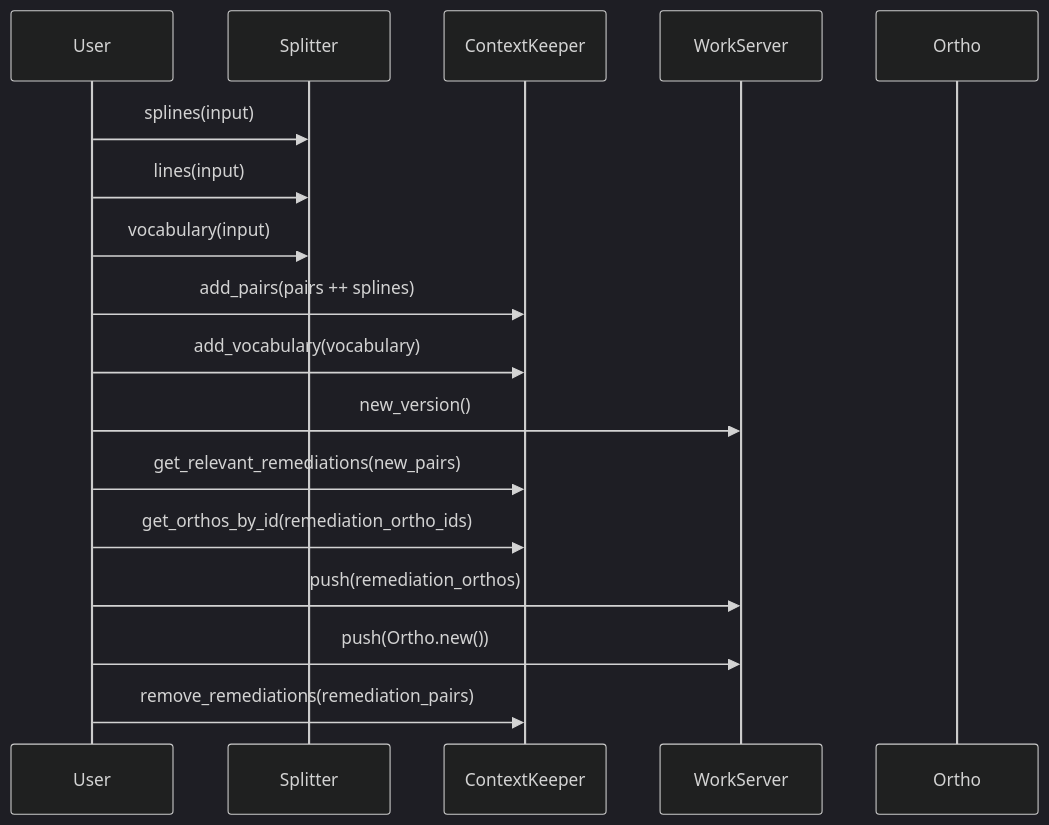
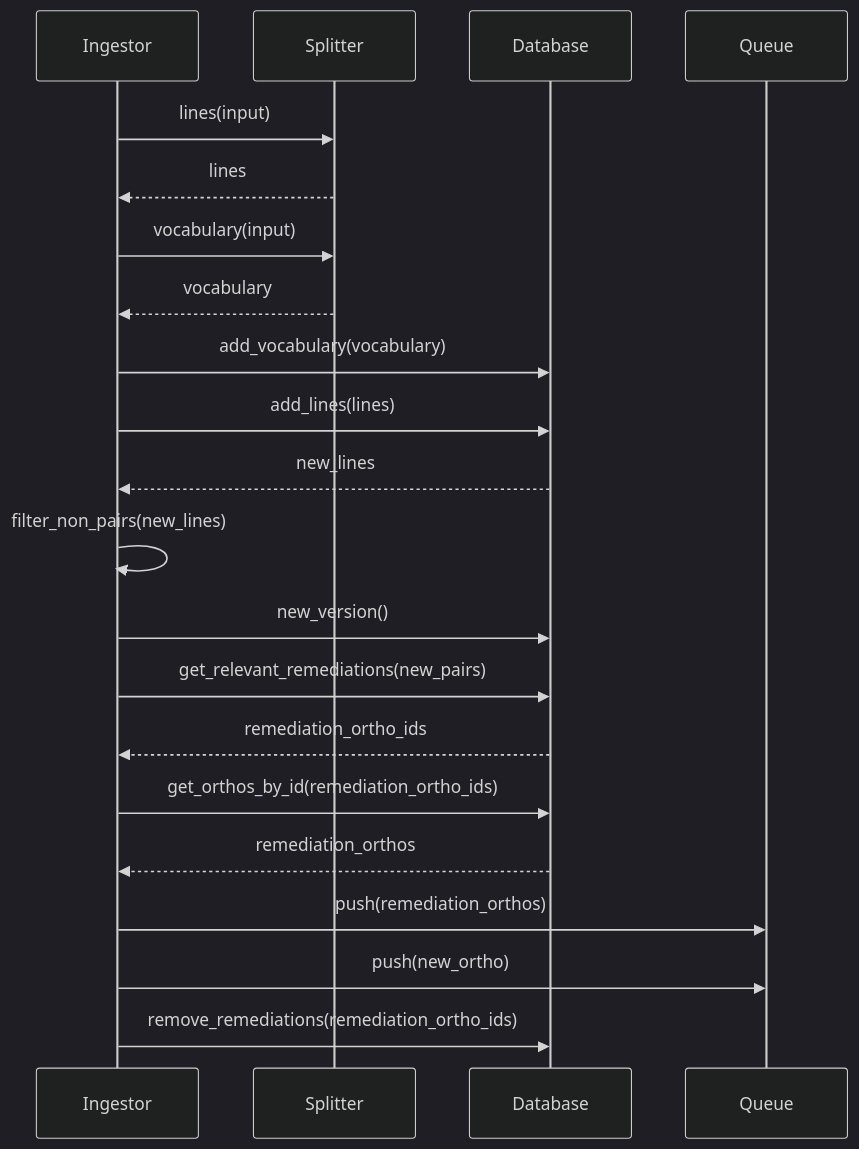
The diagram in ingestion.md (michaelrauh/crochet), drawn with Mermaid (dark theme) before and after one commit. The commit also changed 17 other files, not shown here.

````diff
--- a/ingestion.md
+++ b/ingestion.md
@@ -1,20 +1,24 @@
 ```mermaid
 sequenceDiagram
-    participant User
+    participant Ingestor
     participant Splitter
-    participant ContextKeeper
-    participant WorkServer
-    participant Ortho
+    participant Database
+    participant Queue
 
-    User->>Splitter: splines(input)
-    User->>Splitter: lines(input)
-    User->>Splitter: vocabulary(input)
-    User->>ContextKeeper: add_pairs(pairs ++ splines)
-    User->>ContextKeeper: add_vocabulary(vocabulary)
-    User->>WorkServer: new_version()
-    User->>ContextKeeper: get_relevant_remediations(new_pairs)
-    User->>ContextKeeper: get_orthos_by_id(remediation_ortho_ids)
-    User->>WorkServer: push(remediation_orthos)
-    User->>WorkServer: push(Ortho.new())
-    User->>ContextKeeper: remove_remediations(remediation_pairs)
+    Ingestor->>Splitter: lines(input)
+    Splitter-->>Ingestor: lines
+    Ingestor->>Splitter: vocabulary(input)
+    Splitter-->>Ingestor: vocabulary
+    Ingestor->>Database: add_vocabulary(vocabulary)
+    Ingestor->>Database: add_lines(lines)
+    Database-->>Ingestor: new_lines
+    Ingestor->>Ingestor: filter_non_pairs(new_lines)
+    Ingestor->>Database: new_version()
+    Ingestor->>Database: get_relevant_remediations(new_pairs)
+    Database-->>Ingestor: remediation_ortho_ids
+    Ingestor->>Database: get_orthos_by_id(remediation_ortho_ids)
+    Database-->>Ingestor: remediation_orthos
+    Ingestor->>Queue: push(remediation_orthos)
+    Ingestor->>Queue: push(new_ortho)
+    Ingestor->>Database: remove_remediations(remediation_ortho_ids)
 ```
````
